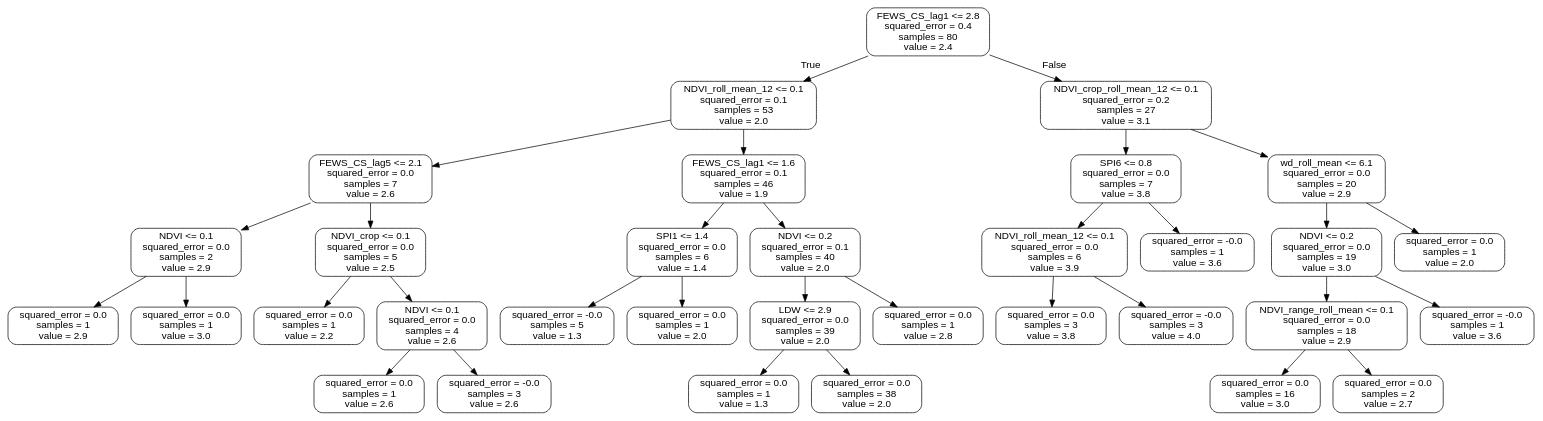
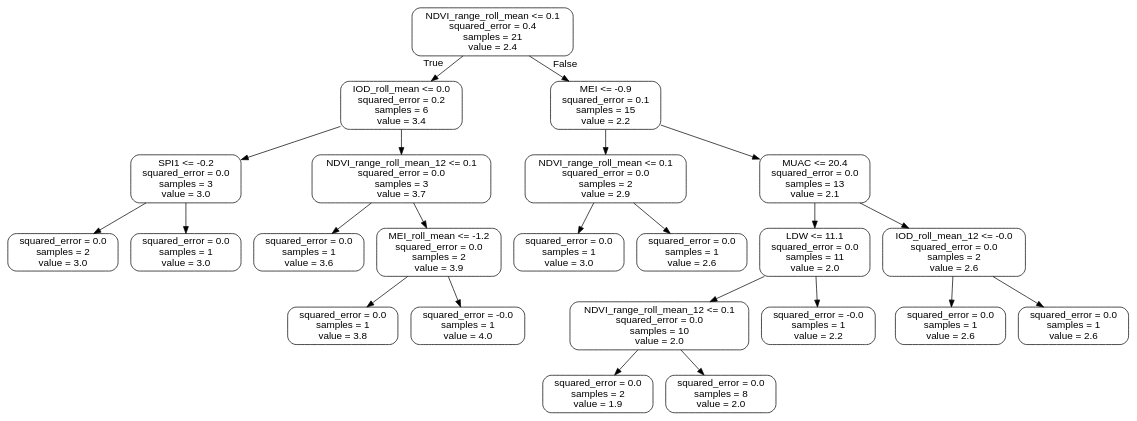
One commit to TimBusker/ML_drought_impacts changed the diagram in trees/tree_Isiolo.dot. Above: the diagram before and after it, drawn with Graphviz. The commit also changed 69 other files, not shown here.

```diff
--- a/trees/tree_Isiolo.dot
+++ b/trees/tree_Isiolo.dot
@@ -1,69 +1,49 @@
 digraph Tree {
 node [shape=box, style="rounded", color="black", fontname="helvetica"] ;
 edge [fontname="helvetica"] ;
-0 [label="FEWS_CS_lag1 <= 2.8\nsquared_error = 0.4\nsamples = 80\nvalue = 2.4"] ;
-1 [label="NDVI_roll_mean_12 <= 0.1\nsquared_error = 0.1\nsamples = 53\nvalue = 2.0"] ;
+0 [label="NDVI_range_roll_mean <= 0.1\nsquared_error = 0.4\nsamples = 21\nvalue = 2.4"] ;
+1 [label="IOD_roll_mean <= 0.0\nsquared_error = 0.2\nsamples = 6\nvalue = 3.4"] ;
 0 -> 1 [labeldistance=2.5, labelangle=45, headlabel="True"] ;
-2 [label="FEWS_CS_lag5 <= 2.1\nsquared_error = 0.0\nsamples = 7\nvalue = 2.6"] ;
+2 [label="SPI1 <= -0.2\nsquared_error = 0.0\nsamples = 3\nvalue = 3.0"] ;
 1 -> 2 ;
-3 [label="NDVI <= 0.1\nsquared_error = 0.0\nsamples = 2\nvalue = 2.9"] ;
+3 [label="squared_error = 0.0\nsamples = 2\nvalue = 3.0"] ;
 2 -> 3 ;
-4 [label="squared_error = 0.0\nsamples = 1\nvalue = 2.9"] ;
-3 -> 4 ;
-5 [label="squared_error = 0.0\nsamples = 1\nvalue = 3.0"] ;
-3 -> 5 ;
-6 [label="NDVI_crop <= 0.1\nsquared_error = 0.0\nsamples = 5\nvalue = 2.5"] ;
-2 -> 6 ;
-7 [label="squared_error = 0.0\nsamples = 1\nvalue = 2.2"] ;
-6 -> 7 ;
-8 [label="NDVI <= 0.1\nsquared_error = 0.0\nsamples = 4\nvalue = 2.6"] ;
-6 -> 8 ;
-9 [label="squared_error = 0.0\nsamples = 1\nvalue = 2.6"] ;
-8 -> 9 ;
-10 [label="squared_error = -0.0\nsamples = 3\nvalue = 2.6"] ;
-8 -> 10 ;
-11 [label="FEWS_CS_lag1 <= 1.6\nsquared_error = 0.1\nsamples = 46\nvalue = 1.9"] ;
-1 -> 11 ;
-12 [label="SPI1 <= 1.4\nsquared_error = 0.0\nsamples = 6\nvalue = 1.4"] ;
+4 [label="squared_error = 0.0\nsamples = 1\nvalue = 3.0"] ;
+2 -> 4 ;
+5 [label="NDVI_range_roll_mean_12 <= 0.1\nsquared_error = 0.0\nsamples = 3\nvalue = 3.7"] ;
+1 -> 5 ;
+6 [label="squared_error = 0.0\nsamples = 1\nvalue = 3.6"] ;
+5 -> 6 ;
+7 [label="MEI_roll_mean <= -1.2\nsquared_error = 0.0\nsamples = 2\nvalue = 3.9"] ;
+5 -> 7 ;
+8 [label="squared_error = 0.0\nsamples = 1\nvalue = 3.8"] ;
+7 -> 8 ;
+9 [label="squared_error = -0.0\nsamples = 1\nvalue = 4.0"] ;
+7 -> 9 ;
+10 [label="MEI <= -0.9\nsquared_error = 0.1\nsamples = 15\nvalue = 2.2"] ;
+0 -> 10 [labeldistance=2.5, labelangle=-45, headlabel="False"] ;
+11 [label="NDVI_range_roll_mean <= 0.1\nsquared_error = 0.0\nsamples = 2\nvalue = 2.9"] ;
+10 -> 11 ;
+12 [label="squared_error = 0.0\nsamples = 1\nvalue = 3.0"] ;
 11 -> 12 ;
-13 [label="squared_error = -0.0\nsamples = 5\nvalue = 1.3"] ;
-12 -> 13 ;
-14 [label="squared_error = 0.0\nsamples = 1\nvalue = 2.0"] ;
-12 -> 14 ;
-15 [label="NDVI <= 0.2\nsquared_error = 0.1\nsamples = 40\nvalue = 2.0"] ;
-11 -> 15 ;
-16 [label="LDW <= 2.9\nsquared_error = 0.0\nsamples = 39\nvalue = 2.0"] ;
+13 [label="squared_error = 0.0\nsamples = 1\nvalue = 2.6"] ;
+11 -> 13 ;
+14 [label="MUAC <= 20.4\nsquared_error = 0.0\nsamples = 13\nvalue = 2.1"] ;
+10 -> 14 ;
+15 [label="LDW <= 11.1\nsquared_error = 0.0\nsamples = 11\nvalue = 2.0"] ;
+14 -> 15 ;
+16 [label="NDVI_range_roll_mean_12 <= 0.1\nsquared_error = 0.0\nsamples = 10\nvalue = 2.0"] ;
 15 -> 16 ;
-17 [label="squared_error = 0.0\nsamples = 1\nvalue = 1.3"] ;
+17 [label="squared_error = 0.0\nsamples = 2\nvalue = 1.9"] ;
 16 -> 17 ;
-18 [label="squared_error = 0.0\nsamples = 38\nvalue = 2.0"] ;
+18 [label="squared_error = 0.0\nsamples = 8\nvalue = 2.0"] ;
 16 -> 18 ;
-19 [label="squared_error = 0.0\nsamples = 1\nvalue = 2.8"] ;
+19 [label="squared_error = -0.0\nsamples = 1\nvalue = 2.2"] ;
 15 -> 19 ;
-20 [label="NDVI_crop_roll_mean_12 <= 0.1\nsquared_error = 0.2\nsamples = 27\nvalue = 3.1"] ;
-0 -> 20 [labeldistance=2.5, labelangle=-45, headlabel="False"] ;
-21 [label="SPI6 <= 0.8\nsquared_error = 0.0\nsamples = 7\nvalue = 3.8"] ;
+20 [label="IOD_roll_mean_12 <= -0.0\nsquared_error = 0.0\nsamples = 2\nvalue = 2.6"] ;
+14 -> 20 ;
+21 [label="squared_error = 0.0\nsamples = 1\nvalue = 2.6"] ;
 20 -> 21 ;
-22 [label="NDVI_roll_mean_12 <= 0.1\nsquared_error = 0.0\nsamples = 6\nvalue = 3.9"] ;
-21 -> 22 ;
-23 [label="squared_error = 0.0\nsamples = 3\nvalue = 3.8"] ;
-22 -> 23 ;
-24 [label="squared_error = -0.0\nsamples = 3\nvalue = 4.0"] ;
-22 -> 24 ;
-25 [label="squared_error = -0.0\nsamples = 1\nvalue = 3.6"] ;
-21 -> 25 ;
-26 [label="wd_roll_mean <= 6.1\nsquared_error = 0.0\nsamples = 20\nvalue = 2.9"] ;
-20 -> 26 ;
-27 [label="NDVI <= 0.2\nsquared_error = 0.0\nsamples = 19\nvalue = 3.0"] ;
-26 -> 27 ;
-28 [label="NDVI_range_roll_mean <= 0.1\nsquared_error = 0.0\nsamples = 18\nvalue = 2.9"] ;
-27 -> 28 ;
-29 [label="squared_error = 0.0\nsamples = 16\nvalue = 3.0"] ;
-28 -> 29 ;
-30 [label="squared_error = 0.0\nsamples = 2\nvalue = 2.7"] ;
-28 -> 30 ;
-31 [label="squared_error = -0.0\nsamples = 1\nvalue = 3.6"] ;
-27 -> 31 ;
-32 [label="squared_error = 0.0\nsamples = 1\nvalue = 2.0"] ;
-26 -> 32 ;
+22 [label="squared_error = 0.0\nsamples = 1\nvalue = 2.6"] ;
+20 -> 22 ;
 }
```
